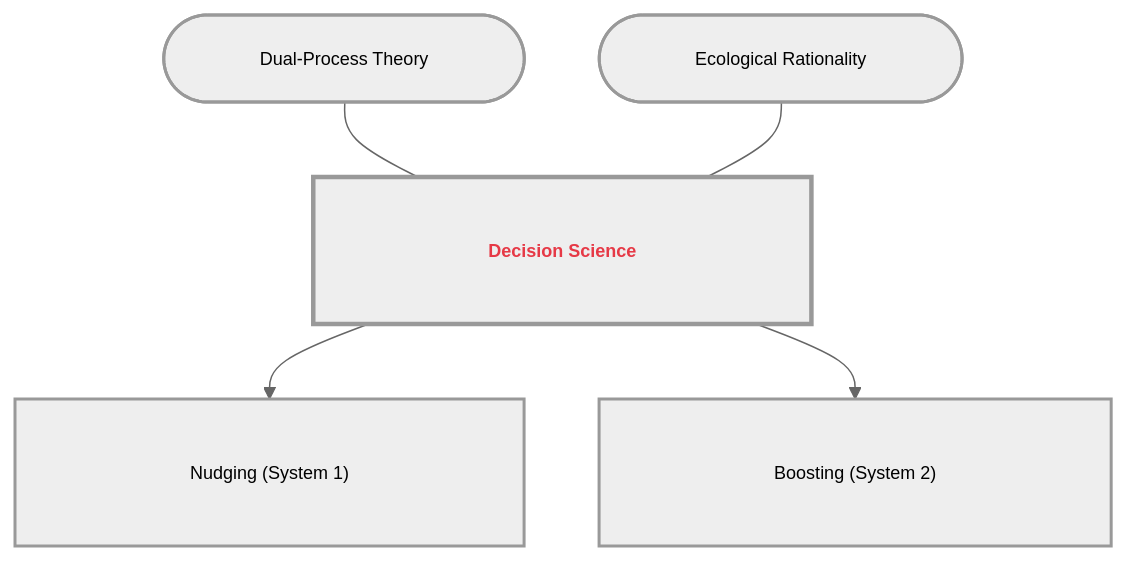
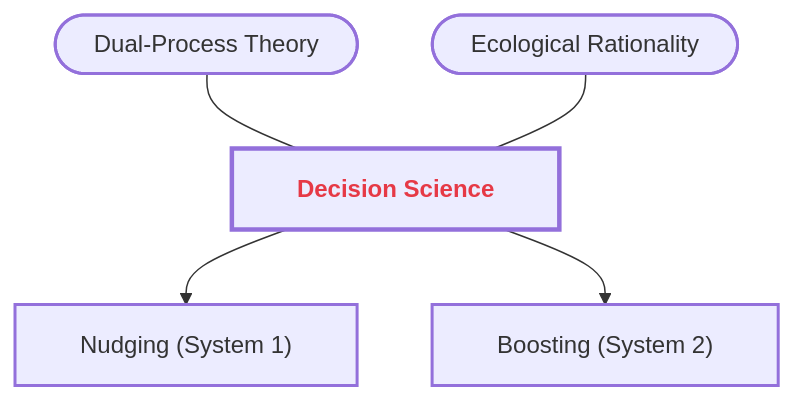
One commit to GM024/CourseSummaries changed the fifth of 8 diagrams in Communication_Influence/Mastery_Guide_SOW_BS033.md. Above: the diagram before and after it, drawn with Mermaid. The commit also changed other lines of this file, not shown here.

Commit message:
GitHub Native Alignment: Synced font stack and typography for perfect clipping-free fit

````diff
--- a/Communication_Influence/Mastery_Guide_SOW_BS033.md
+++ b/Communication_Influence/Mastery_Guide_SOW_BS033.md
@@ -164,14 +168,14 @@
 ```mermaid
-%%{init: { 'flowchart': { 'padding': 40, 'useMaxWidth': false, 'htmlLabels': true }, 'theme': 'neutral', 'themeVariables': { 'fontSize': '12px' }}}%%
+%%{init: { 'flowchart': { 'padding': 20, 'nodeSpacing': 50, 'rankSpacing': 50, 'useMaxWidth': false }, 'theme': 'neutral', 'themeVariables': { 'fontSize': '14px', 'fontFamily': '-apple-system,BlinkMacSystemFont,"Segoe UI",Helvetica,Arial,sans-serif' }}}%%
 graph TD
     classDef sandbox stroke-width:2px;
     classDef hub stroke-width:3px,font-weight:bold;
 
-    Hub["&nbsp;&nbsp;&nbsp;&nbsp;&nbsp;&nbsp;&nbsp;&nbsp;&nbsp;&nbsp; <span style='color:#e63946'><b>Decision Science</b></span> &nbsp;&nbsp;&nbsp;&nbsp;&nbsp;&nbsp;&nbsp;&nbsp;&nbsp;&nbsp;"]:::hub
+    Hub["&nbsp;&nbsp; <span style='color:#e63946'><b>Decision Science</b></span> &nbsp;&nbsp;"]:::hub
     
-    S1(["&nbsp;&nbsp;&nbsp;&nbsp;&nbsp;&nbsp;&nbsp;&nbsp;&nbsp;&nbsp; Dual-Process Theory &nbsp;&nbsp;&nbsp;&nbsp;&nbsp;&nbsp;&nbsp;&nbsp;&nbsp;&nbsp;"]):::sandbox --- Hub
-    S2(["&nbsp;&nbsp;&nbsp;&nbsp;&nbsp;&nbsp;&nbsp;&nbsp;&nbsp;&nbsp; Ecological Rationality &nbsp;&nbsp;&nbsp;&nbsp;&nbsp;&nbsp;&nbsp;&nbsp;&nbsp;&nbsp;"]):::sandbox --- Hub
+    S1(["&nbsp;&nbsp; Dual-Process Theory &nbsp;&nbsp;"]):::sandbox --- Hub
+    S2(["&nbsp;&nbsp; Ecological Rationality &nbsp;&nbsp;"]):::sandbox --- Hub
     
-    Hub --> B1["&nbsp;&nbsp;&nbsp;&nbsp;&nbsp;&nbsp;&nbsp;&nbsp;&nbsp;&nbsp; Nudging (System 1) &nbsp;&nbsp;&nbsp;&nbsp;&nbsp;&nbsp;&nbsp;&nbsp;&nbsp;&nbsp;"]:::sandbox
-    Hub --> B2["&nbsp;&nbsp;&nbsp;&nbsp;&nbsp;&nbsp;&nbsp;&nbsp;&nbsp;&nbsp; Boosting (System 2) &nbsp;&nbsp;&nbsp;&nbsp;&nbsp;&nbsp;&nbsp;&nbsp;&nbsp;&nbsp;"]:::sandbox
+    Hub --> B1["&nbsp;&nbsp; Nudging (System 1) &nbsp;&nbsp;"]:::sandbox
+    Hub --> B2["&nbsp;&nbsp; Boosting (System 2) &nbsp;&nbsp;"]:::sandbox
 ```
````
